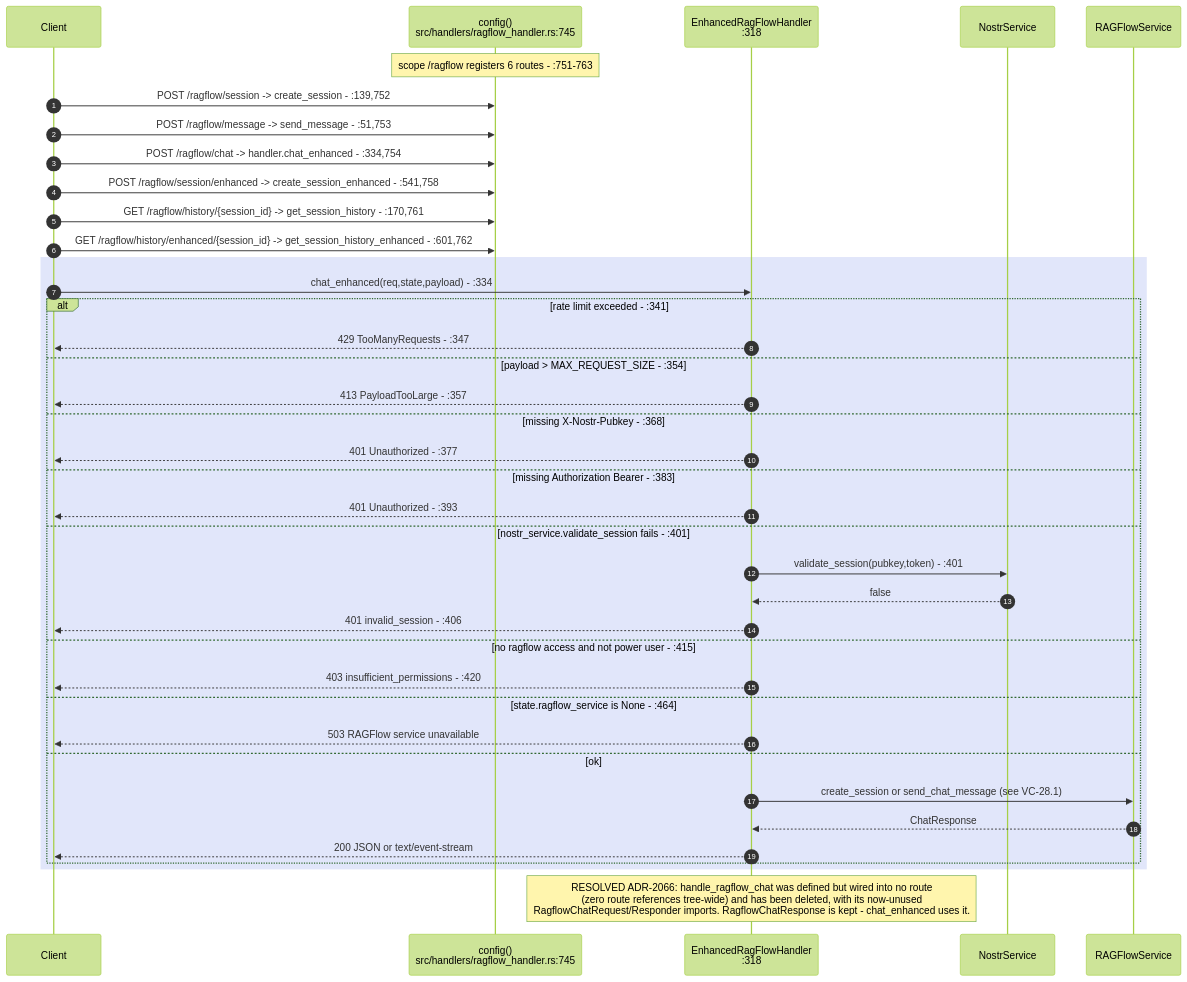
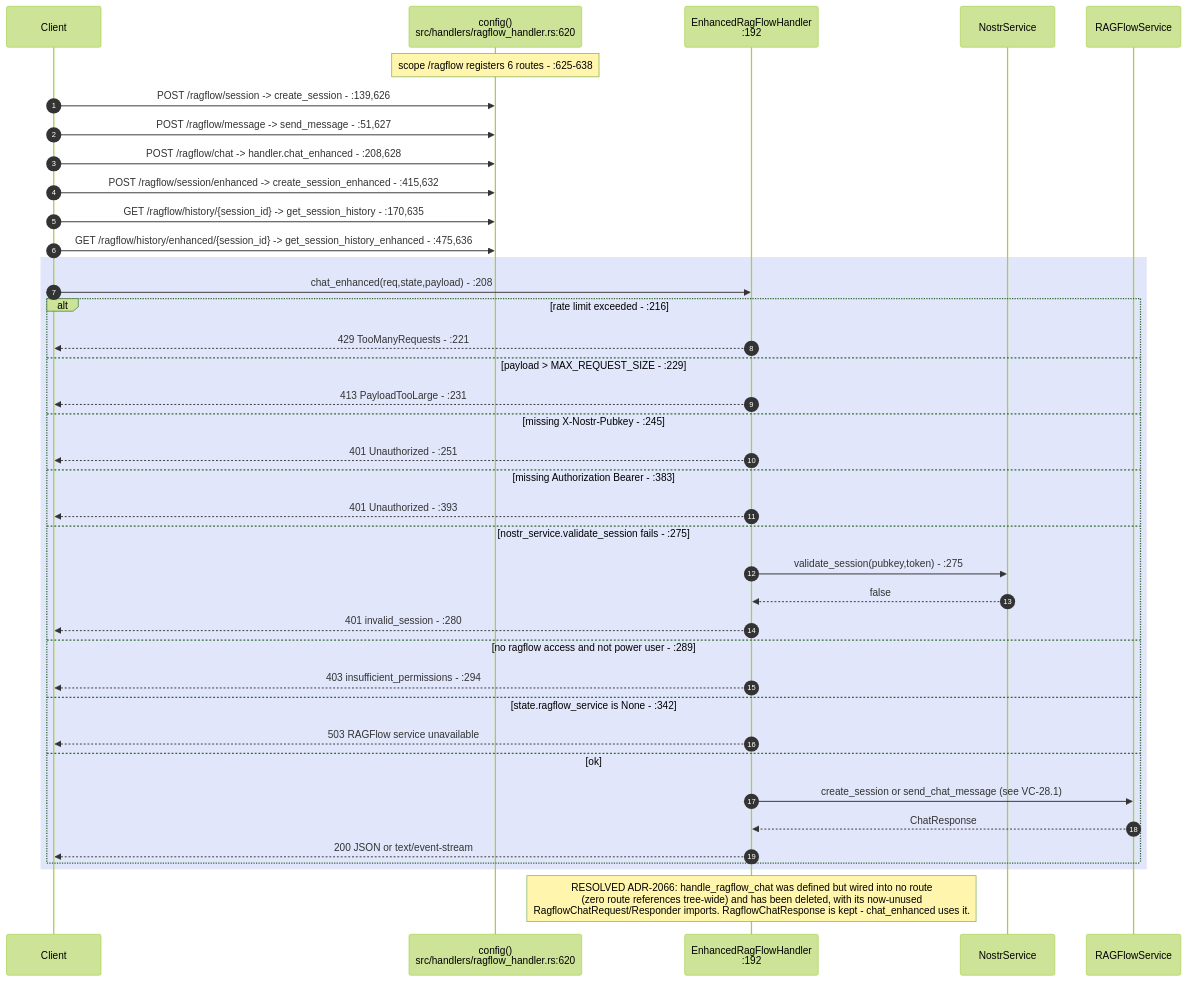
Before and after one commit to DreamLab-AI/AR-AI-Knowledge-Graph: the second of 9 diagrams in docs/diagrams/visionclaw/28-external-services.md, drawn with Mermaid (forest theme). The commit also changed other lines of this file and 172 other files, not shown here.

````diff
--- a/docs/diagrams/visionclaw/28-external-services.md
+++ b/docs/diagrams/visionclaw/28-external-services.md
@@ -73,44 +81,44 @@
 ```mermaid
 sequenceDiagram
     autonumber
     participant C as Client
-    participant CFG as config()<br/>src/handlers/ragflow_handler.rs:745
-    participant H as EnhancedRagFlowHandler<br/>:318
+    participant CFG as config()<br/>src/handlers/ragflow_handler.rs:620
+    participant H as EnhancedRagFlowHandler<br/>:192
     participant N as NostrService
     participant RS as RAGFlowService
 
-    Note over CFG: scope /ragflow registers 6 routes - :751-763
-    C->>CFG: POST /ragflow/session -> create_session - :139,752
-    C->>CFG: POST /ragflow/message -> send_message - :51,753
-    C->>CFG: POST /ragflow/chat -> handler.chat_enhanced - :334,754
-    C->>CFG: POST /ragflow/session/enhanced -> create_session_enhanced - :541,758
-    C->>CFG: GET /ragflow/history/{session_id} -> get_session_history - :170,761
-    C->>CFG: GET /ragflow/history/enhanced/{session_id} -> get_session_history_enhanced - :601,762
+    Note over CFG: scope /ragflow registers 6 routes - :625-638
+    C->>CFG: POST /ragflow/session -> create_session - :139,626
+    C->>CFG: POST /ragflow/message -> send_message - :51,627
+    C->>CFG: POST /ragflow/chat -> handler.chat_enhanced - :208,628
+    C->>CFG: POST /ragflow/session/enhanced -> create_session_enhanced - :415,632
+    C->>CFG: GET /ragflow/history/{session_id} -> get_session_history - :170,635
+    C->>CFG: GET /ragflow/history/enhanced/{session_id} -> get_session_history_enhanced - :475,636
 
     rect rgb(225,230,250)
-    C->>H: chat_enhanced(req,state,payload) - :334
-    alt rate limit exceeded - :341
-        H-->>C: 429 TooManyRequests - :347
-    else payload > MAX_REQUEST_SIZE - :354
-        H-->>C: 413 PayloadTooLarge - :357
-    else missing X-Nostr-Pubkey - :368
-        H-->>C: 401 Unauthorized - :377
+    C->>H: chat_enhanced(req,state,payload) - :208
+    alt rate limit exceeded - :216
+        H-->>C: 429 TooManyRequests - :221
+    else payload > MAX_REQUEST_SIZE - :229
+        H-->>C: 413 PayloadTooLarge - :231
+    else missing X-Nostr-Pubkey - :245
+        H-->>C: 401 Unauthorized - :251
     else missing Authorization Bearer - :383
         H-->>C: 401 Unauthorized - :393
-    else nostr_service.validate_session fails - :401
-        H->>N: validate_session(pubkey,token) - :401
+    else nostr_service.validate_session fails - :275
+        H->>N: validate_session(pubkey,token) - :275
         N-->>H: false
-        H-->>C: 401 invalid_session - :406
-    else no ragflow access and not power user - :415
-        H-->>C: 403 insufficient_permissions - :420
-    else state.ragflow_service is None - :464
+        H-->>C: 401 invalid_session - :280
+    else no ragflow access and not power user - :289
+        H-->>C: 403 insufficient_permissions - :294
+    else state.ragflow_service is None - :342
         H-->>C: 503 RAGFlow service unavailable
     else ok
         H->>RS: create_session or send_chat_message (see VC-28.1)
         RS-->>H: ChatResponse
         H-->>C: 200 JSON or text/event-stream
     end
     end
 
     Note over H: RESOLVED ADR-2066: handle_ragflow_chat was defined but wired into no route<br/>(zero route references tree-wide) and has been deleted, with its now-unused<br/>RagflowChatRequest/Responder imports. RagflowChatResponse is kept - chat_enhanced uses it.
 ```
````
